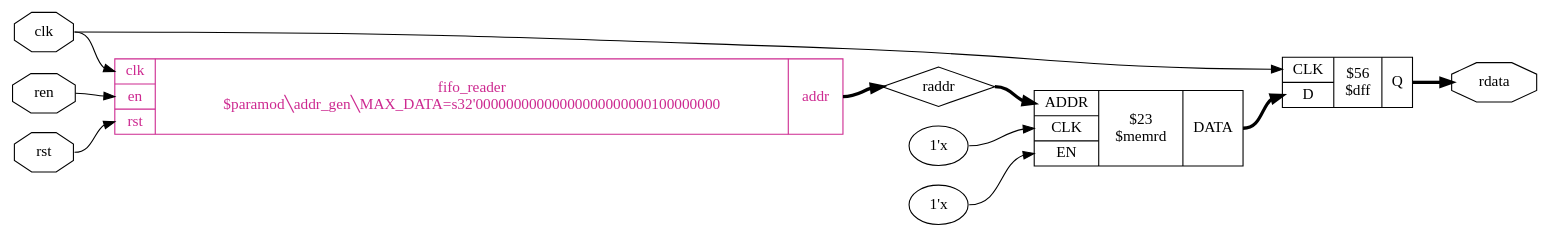
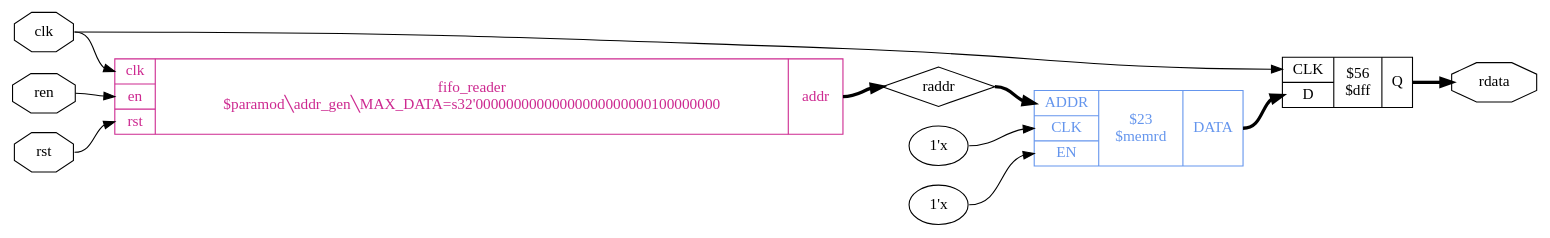
Before and after one commit to YosysHQ-Docs/yosys-cmd-ref: the diagram in source/_images/code_examples/fifo/rdata_proc.dot, drawn with Graphviz. The commit also changed 54 other files, not shown here.

```diff
--- a/source/_images/code_examples/fifo/rdata_proc.dot
+++ b/source/_images/code_examples/fifo/rdata_proc.dot
@@ -1,24 +1,24 @@
 digraph "fifo" {
 rankdir="LR";
 remincross=true;
 n2 [ shape=diamond, label="raddr", color="black", fontcolor="black" ];
 n3 [ shape=octagon, label="rdata", color="black", fontcolor="black" ];
 n4 [ shape=octagon, label="rst", color="black", fontcolor="black" ];
 n5 [ shape=octagon, label="clk", color="black", fontcolor="black" ];
 n6 [ shape=octagon, label="ren", color="black", fontcolor="black" ];
 c10 [ shape=record, label="{{<p7> CLK|<p8> D}|$56\n$dff|{<p9> Q}}",  ];
 c13 [ shape=record, label="{{<p5> clk|<p11> en|<p4> rst}|fifo_reader\n$paramod&#9586;addr_gen&#9586;MAX_DATA=s32'00000000000000000000000100000000|{<p12> addr}}", color="maroon3", fontcolor="maroon3" ];
 v0 [ label="1'x" ];
 v1 [ label="1'x" ];
-c17 [ shape=record, label="{{<p14> ADDR|<p7> CLK|<p15> EN}|$23\n$memrd|{<p16> DATA}}",  ];
+c17 [ shape=record, label="{{<p14> ADDR|<p7> CLK|<p15> EN}|$23\n$memrd|{<p16> DATA}}", color="cornflowerblue", fontcolor="cornflowerblue" ];
 c17:p16:e -> c10:p8:w [color="black", fontcolor="black", style="setlinewidth(3)", label=""];
 c13:p12:e -> n2:w [color="black", fontcolor="black", style="setlinewidth(3)", label=""];
 n2:e -> c17:p14:w [color="black", fontcolor="black", style="setlinewidth(3)", label=""];
 c10:p9:e -> n3:w [color="black", fontcolor="black", style="setlinewidth(3)", label=""];
 n4:e -> c13:p4:w [color="black", fontcolor="black", label=""];
 n5:e -> c10:p7:w [color="black", fontcolor="black", label=""];
 n5:e -> c13:p5:w [color="black", fontcolor="black", label=""];
 n6:e -> c13:p11:w [color="black", fontcolor="black", label=""];
 v0:e -> c17:p15:w [color="black", fontcolor="black", label=""];
 v1:e -> c17:p7:w [color="black", fontcolor="black", label=""];
 }
```
